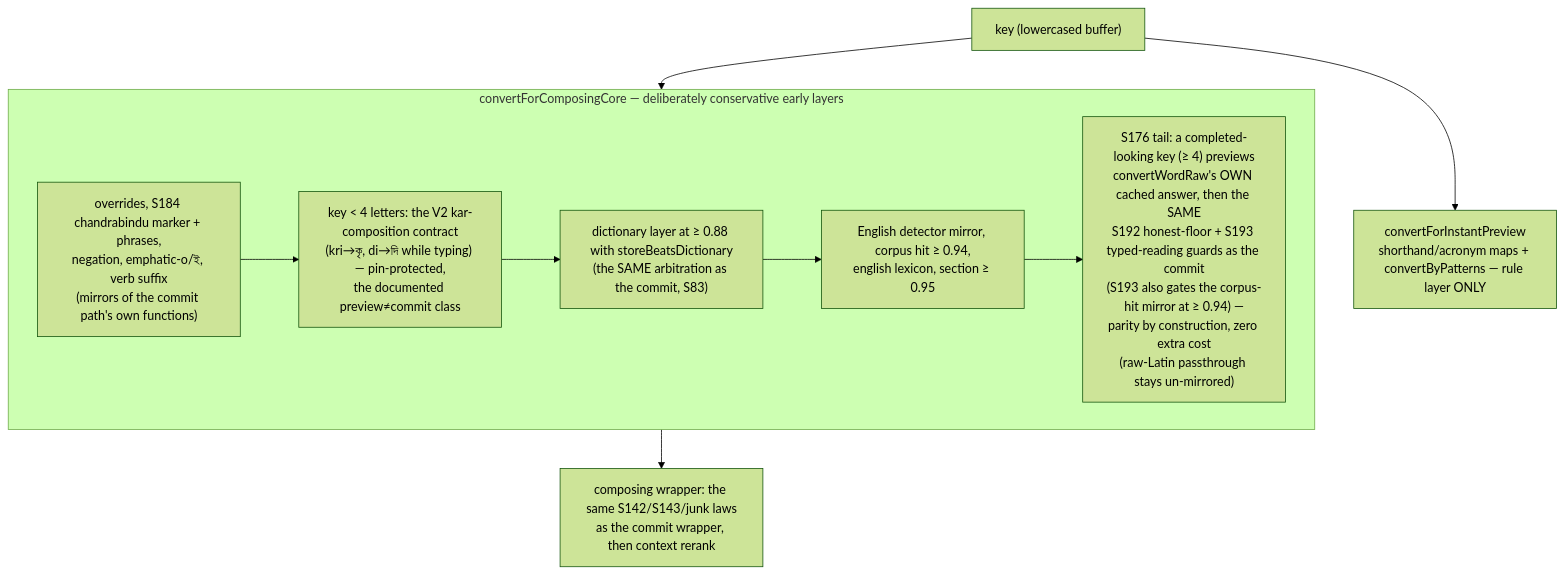
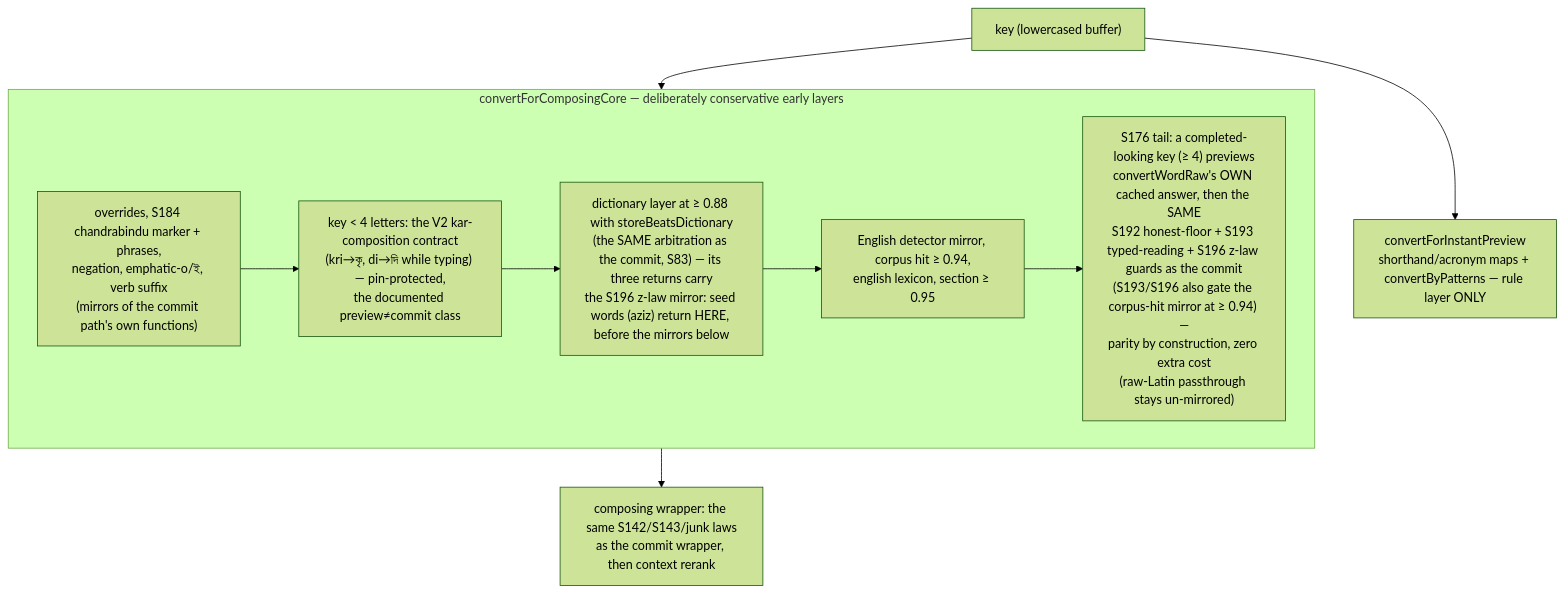
Before and after one commit to Shahabul87/banglu-kmp: the fourth of 10 diagrams in docs/architecture/engine-architecture.md, drawn with Mermaid (forest theme). The commit also changed other lines of this file, not shown here.

First line of the commit message:
docs(architecture): fold S194–S198 into the engine reference — spacebar rollover, hold-c direct marker, keystroke memory budget, deletion run + mid-word caret, z-faithful law, full-profile default, explicit marker never reranked

````diff
--- a/docs/architecture/engine-architecture.md
+++ b/docs/architecture/engine-architecture.md
@@ -221,14 +233,14 @@
 ```mermaid
 flowchart TD
     K["key (lowercased buffer)"] --> IP["convertForInstantPreview<br/>shorthand/acronym maps + convertByPatterns — rule layer ONLY"]
     K --> CC
     subgraph CC["convertForComposingCore — deliberately conservative early layers"]
         C1["overrides, S184 chandrabindu marker + phrases,<br/>negation, emphatic-o/ই, verb suffix<br/>(mirrors of the commit path's own functions)"]
         C2["key < 4 letters: the V2 kar-composition contract<br/>(kri→কৃ, di→দি while typing) — pin-protected,<br/>the documented preview≠commit class"]
-        C3["dictionary layer at ≥ 0.88 with storeBeatsDictionary<br/>(the SAME arbitration as the commit, S83)"]
+        C3["dictionary layer at ≥ 0.88 with storeBeatsDictionary<br/>(the SAME arbitration as the commit, S83) — its three returns carry<br/>the S196 z-law mirror: seed words (aziz) return HERE, before the mirrors below"]
         C4["English detector mirror, corpus hit ≥ 0.94,<br/>english lexicon, section ≥ 0.95"]
-        C5["S176 tail: a completed-looking key (≥ 4) previews<br/>convertWordRaw's OWN cached answer, then the SAME<br/>S192 honest-floor + S193 typed-reading guards as the commit<br/>(S193 also gates the corpus-hit mirror at ≥ 0.94) —<br/>parity by construction, zero extra cost<br/>(raw-Latin passthrough stays un-mirrored)"]
+        C5["S176 tail: a completed-looking key (≥ 4) previews<br/>convertWordRaw's OWN cached answer, then the SAME<br/>S192 honest-floor + S193 typed-reading + S196 z-law guards as the commit<br/>(S193/S196 also gate the corpus-hit mirror at ≥ 0.94) —<br/>parity by construction, zero extra cost<br/>(raw-Latin passthrough stays un-mirrored)"]
         C1 --> C2 --> C3 --> C4 --> C5
     end
     CC --> W["composing wrapper: the same S142/S143/junk laws<br/>as the commit wrapper, then context rerank"]
 ```
````
